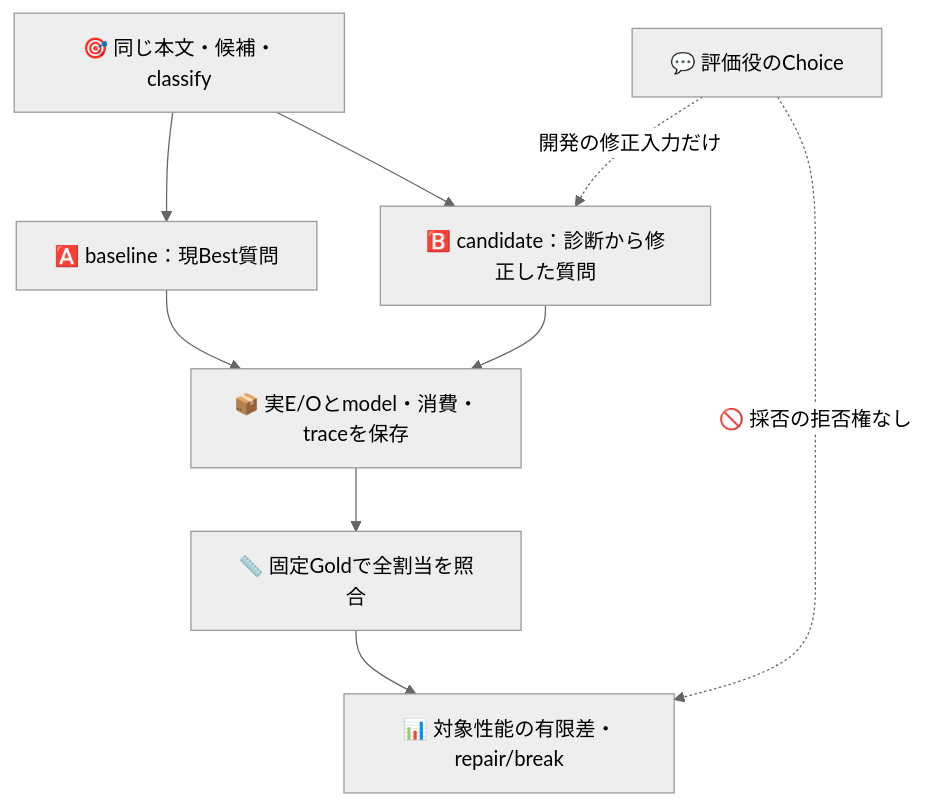
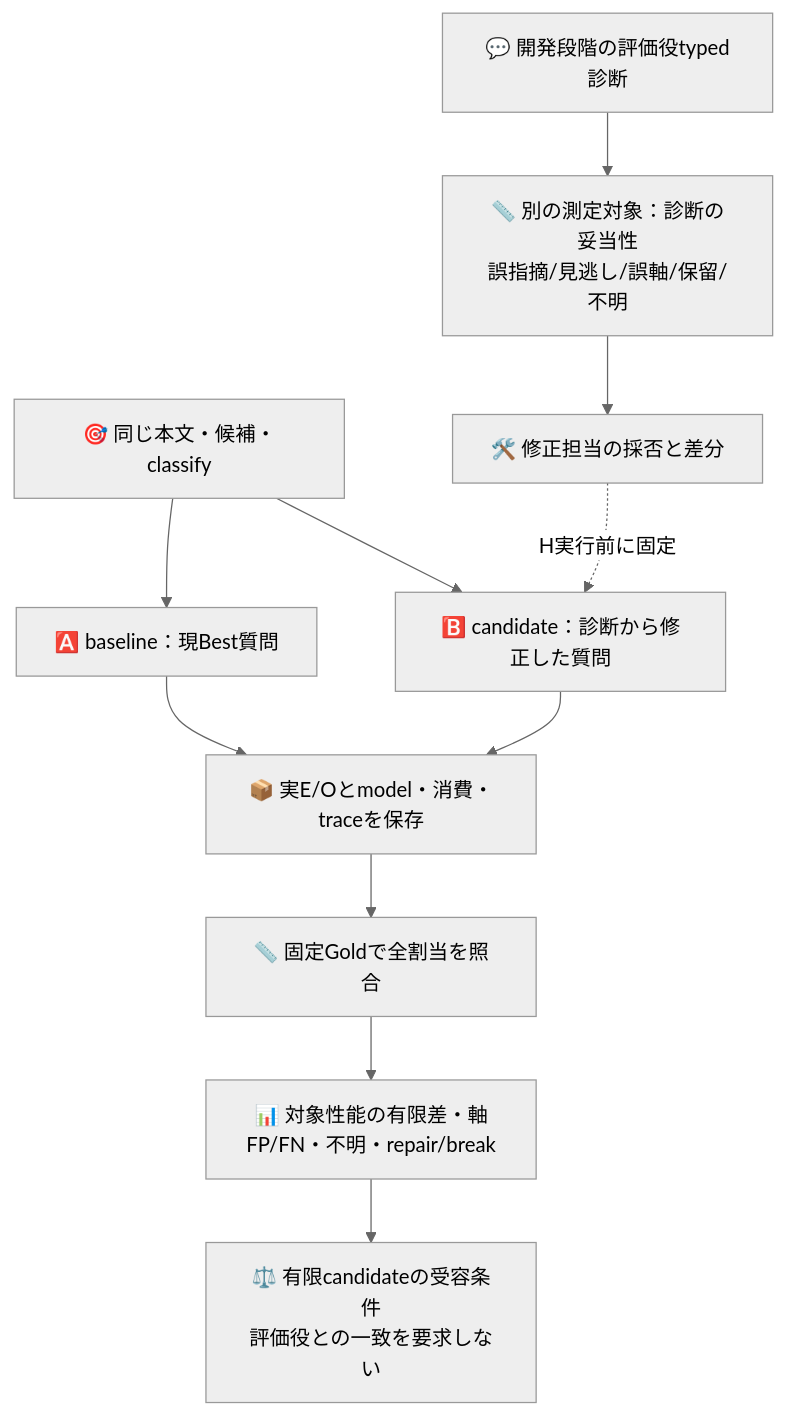
One commit to roccho-org/ops changed the second of 2 diagrams in experiments/sys1-eval-loop/FEEDBACK-IMPROVEMENT.md. Above: the diagram before and after it, drawn with Mermaid (neutral theme). The commit also changed other lines of this file and 8 other files, not shown here.

````diff
--- a/experiments/sys1-eval-loop/FEEDBACK-IMPROVEMENT.md
+++ b/experiments/sys1-eval-loop/FEEDBACK-IMPROVEMENT.md
@@ -42,11 +51,13 @@
 ```mermaid
 flowchart TB
   T["🎯 同じ本文・候補・classify"] --> A["🅰️ baseline：現Best質問"]
   T --> B["🅱️ candidate：診断から修正した質問"]
   A --> O["📦 実E/Oとmodel・消費・traceを保存"]
   B --> O
   O --> S["📏 固定Goldで全割当を照合"]
-  S --> Q["📊 対象性能の有限差・repair/break"]
-  E["💬 評価役のChoice"] -. "開発の修正入力だけ" .-> B
-  E -. "🚫 採否の拒否権なし" .-> Q
+  S --> Q["📊 対象性能の有限差・軸FP/FN・不明・repair/break"]
+  E["💬 開発段階の評価役typed診断"] --> J["📏 別の測定対象：診断の妥当性\n誤指摘/見逃し/誤軸/保留/不明"]
+  J --> W["🛠️ 修正担当の採否と差分"]
+  W -. "H実行前に固定" .-> B
+  Q --> G["⚖️ 有限candidateの受容条件\n評価役との一致を要求しない"]
 ```
````
